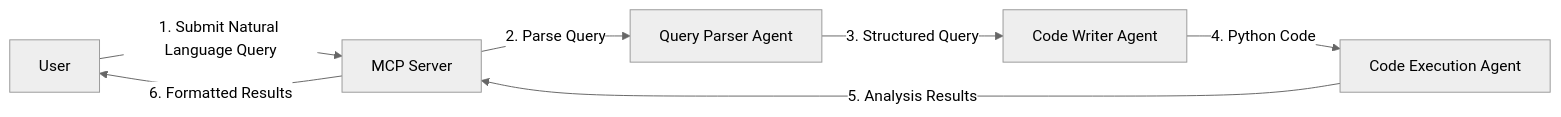
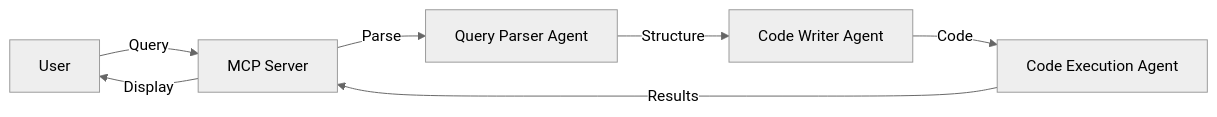
Before and after one commit to thuyvinhdinh175/Quant-Agentic-AI: the second of 6 diagrams in README.md, drawn with Mermaid (neutral theme). The commit also changed other lines of this file, not shown here.

````diff
--- a/README.md
+++ b/README.md
@@ -32,9 +25,9 @@
 ```mermaid
-flowchart LR
-    User["User"] -->|"1. Submit Natural Language Query"| MCP["MCP Server"]
-    MCP -->|"2. Parse Query"| QueryAgent["Query Parser Agent"]
-    QueryAgent -->|"3. Structured Query"| CodeAgent["Code Writer Agent"]
-    CodeAgent -->|"4. Python Code"| ExecAgent["Code Execution Agent"]
-    ExecAgent -->|"5. Analysis Results"| MCP
-    MCP -->|"6. Formatted Results"| User
+graph LR
+    User["User"] -->|"Query"| MCP["MCP Server"]
+    MCP -->|"Parse"| QueryAgent["Query Parser Agent"]
+    QueryAgent -->|"Structure"| CodeAgent["Code Writer Agent"]
+    CodeAgent -->|"Code"| ExecAgent["Code Execution Agent"]
+    ExecAgent -->|"Results"| MCP
+    MCP -->|"Display"| User
 ```
````
